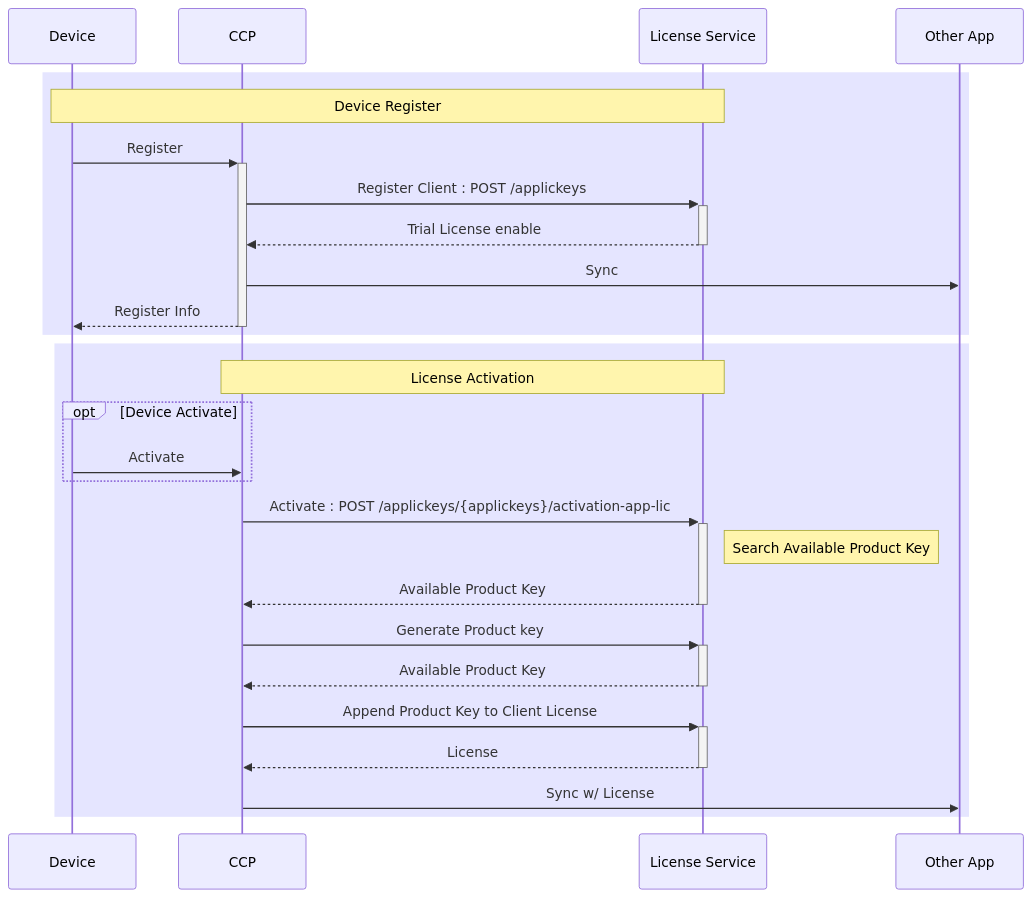
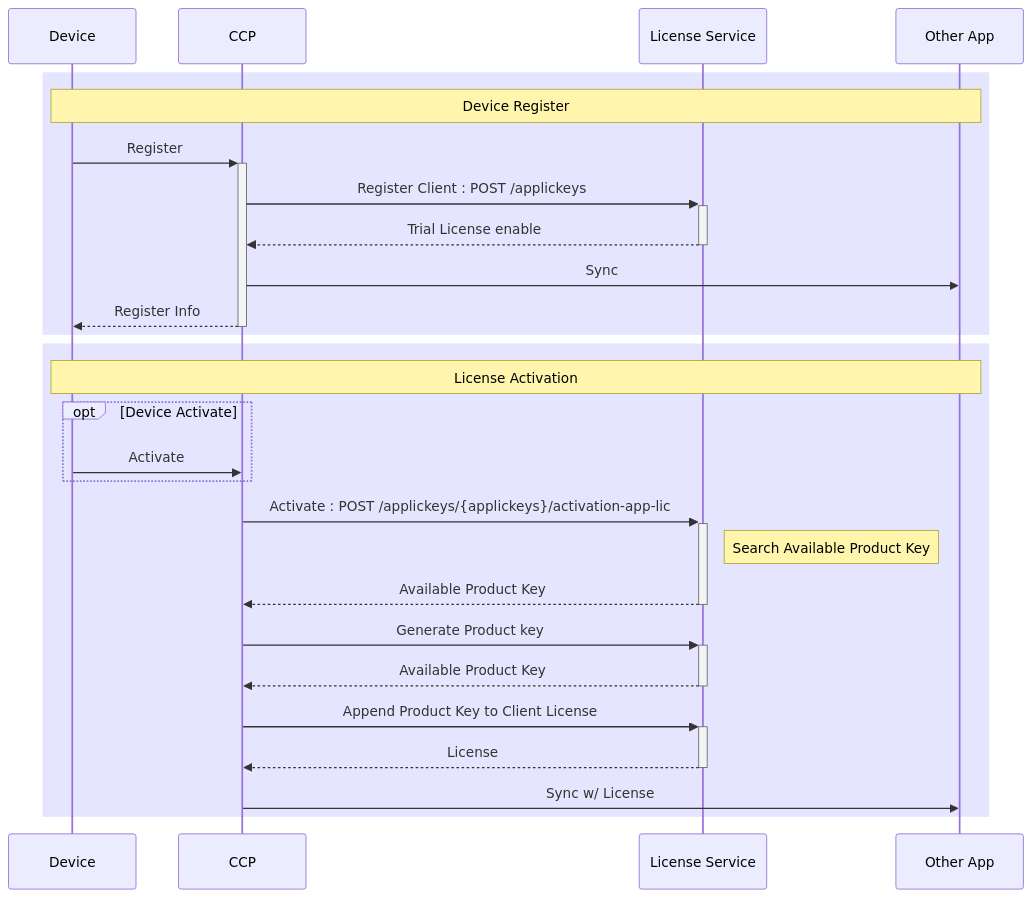
One commit to weiyiao/weiyiao.github.io changed the diagram in content/tw/docs/License Service/_index.md. Above: the diagram before and after it, drawn with Mermaid.

````diff
--- a/content/tw/docs/License Service/_index.md
+++ b/content/tw/docs/License Service/_index.md
@@ -13,36 +13,36 @@
 ```mermaid
 sequenceDiagram
 
 participant Device
 participant CCP
 participant LS as License Service
 participant App as Other App
 
 rect rgba(0, 0, 255, .1)
-Note over Device,LS: Device Register
+Note over Device,App: Device Register
 Device ->> +CCP : Register
 CCP ->> +LS : Register Client : POST /applickeys
 LS -->> -CCP : Trial License enable
 CCP ->> App : Sync
 CCP -->> -Device : Register Info
 end
 
 rect rgba(0, 0, 255, .1)
-Note over CCP,LS: License Activation
+Note over Device,App: License Activation
 opt Device Activate
 Device ->> CCP: Activate
 end
 CCP ->> +LS : Activate : POST /applickeys/{applickeys}/activation-app-lic
 Note right of LS: Search Available Product Key
 LS -->> -CCP : Available Product Key
 
 CCP ->> +LS : Generate Product key
 LS -->> -CCP : Available Product Key
 
 CCP ->> +LS : Append Product Key to Client License
 LS -->> -CCP : License
 
 CCP ->> App : Sync w/ License
 
 end
 ```
````
